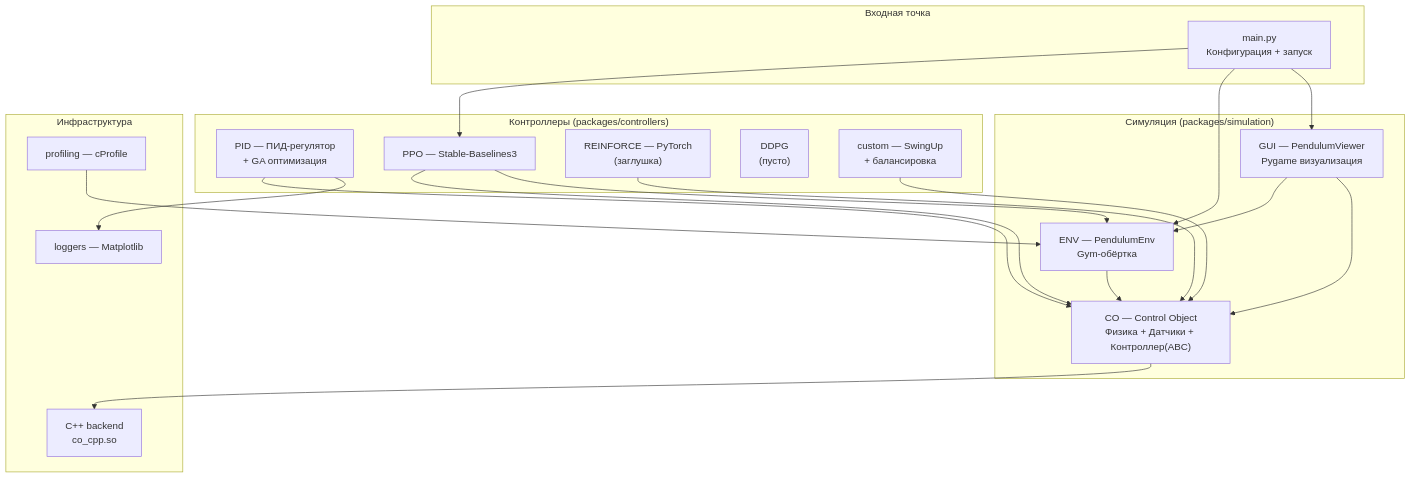
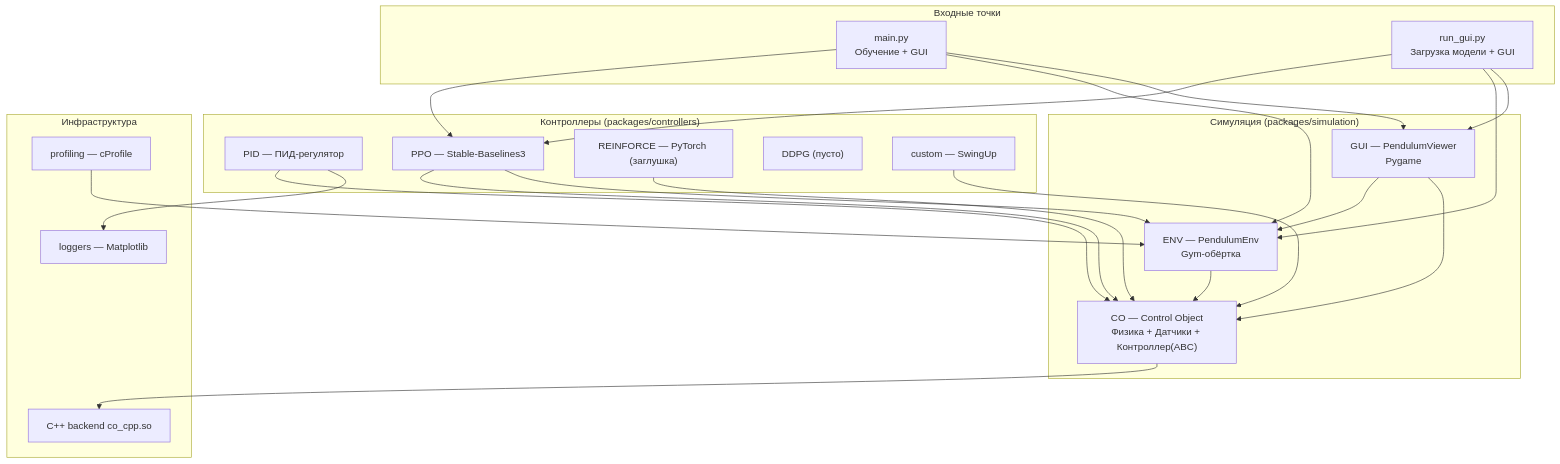
Before and after one commit to gshjis/RL_control: the first of 9 diagrams in docs/TECHNICAL_DOCUMENTATION.md, drawn with Mermaid. The commit also changed other lines of this file and 10 other files, not shown here.

````diff
--- a/docs/TECHNICAL_DOCUMENTATION.md
+++ b/docs/TECHNICAL_DOCUMENTATION.md
@@ -88,44 +53,47 @@
 ```mermaid
 graph TB
-    subgraph "Входная точка"
-        MAIN["main.py<br/>Конфигурация + запуск"]
+    subgraph "Входные точки"
+        MAIN["main.py<br/>Обучение + GUI"]
+        RUN_GUI["run_gui.py<br/>Загрузка модели + GUI"]
     end
 
     subgraph "Симуляция (packages/simulation)"
         CO["CO — Control Object<br/>Физика + Датчики + Контроллер(ABC)"]
         ENV["ENV — PendulumEnv<br/>Gym-обёртка"]
-        GUI["GUI — PendulumViewer<br/>Pygame визуализация"]
+        GUI["GUI — PendulumViewer<br/>Pygame"]
     end
 
     subgraph "Контроллеры (packages/controllers)"
-        PID["PID — ПИД-регулятор<br/>+ GA оптимизация"]
+        PID["PID — ПИД-регулятор"]
         PPO["PPO — Stable-Baselines3"]
-        REINFORCE["REINFORCE — PyTorch<br/>(заглушка)"]
-        DDPG["DDPG<br/>(пусто)"]
-        CUSTOM["custom — SwingUp<br/>+ балансировка"]
+        REINFORCE["REINFORCE — PyTorch (заглушка)"]
+        DDPG["DDPG (пусто)"]
+        CUSTOM["custom — SwingUp"]
     end
 
     subgraph "Инфраструктура"
         LOGGERS["loggers — Matplotlib"]
         PROFILING["profiling — cProfile"]
-        CPP["C++ backend<br/>co_cpp.so"]
+        CPP["C++ backend co_cpp.so"]
     end
 
     MAIN --> PPO
     MAIN --> ENV
     MAIN --> GUI
+    RUN_GUI --> PPO
+    RUN_GUI --> ENV
+    RUN_GUI --> GUI
 
     PPO --> CO
     PID --> CO
     REINFORCE --> CO
     CUSTOM --> CO
 
     ENV --> CO
     GUI --> ENV
     GUI --> CO
-
     CO --> CPP
     PPO --> ENV
     PID --> LOGGERS
     PROFILING --> ENV
 ```
````
